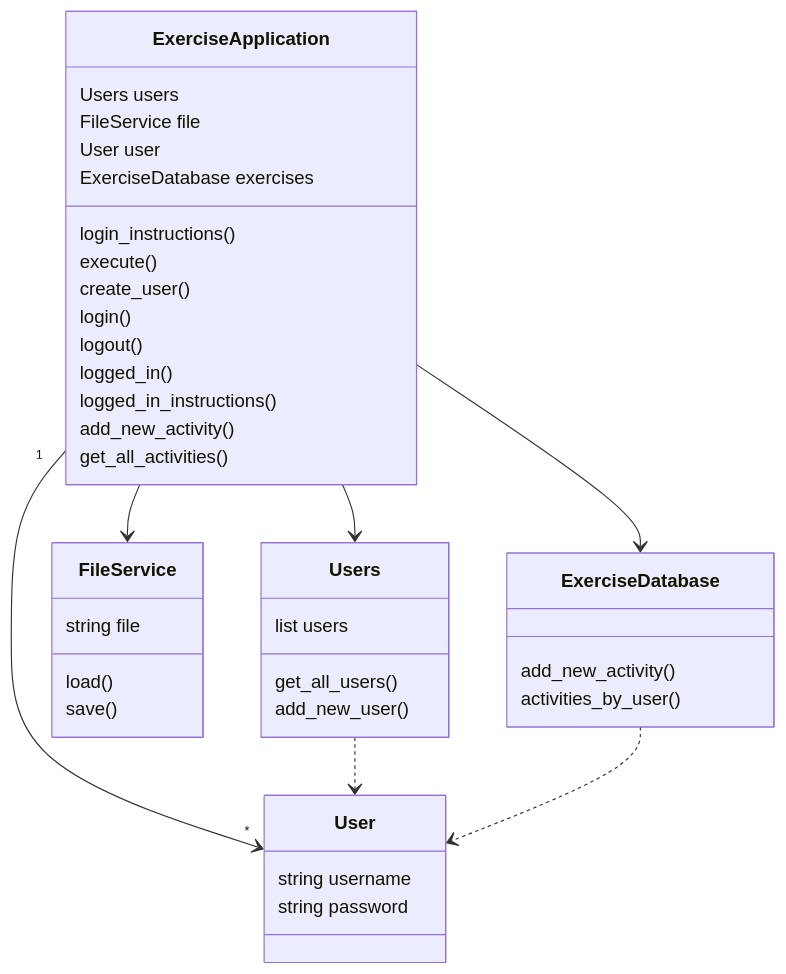
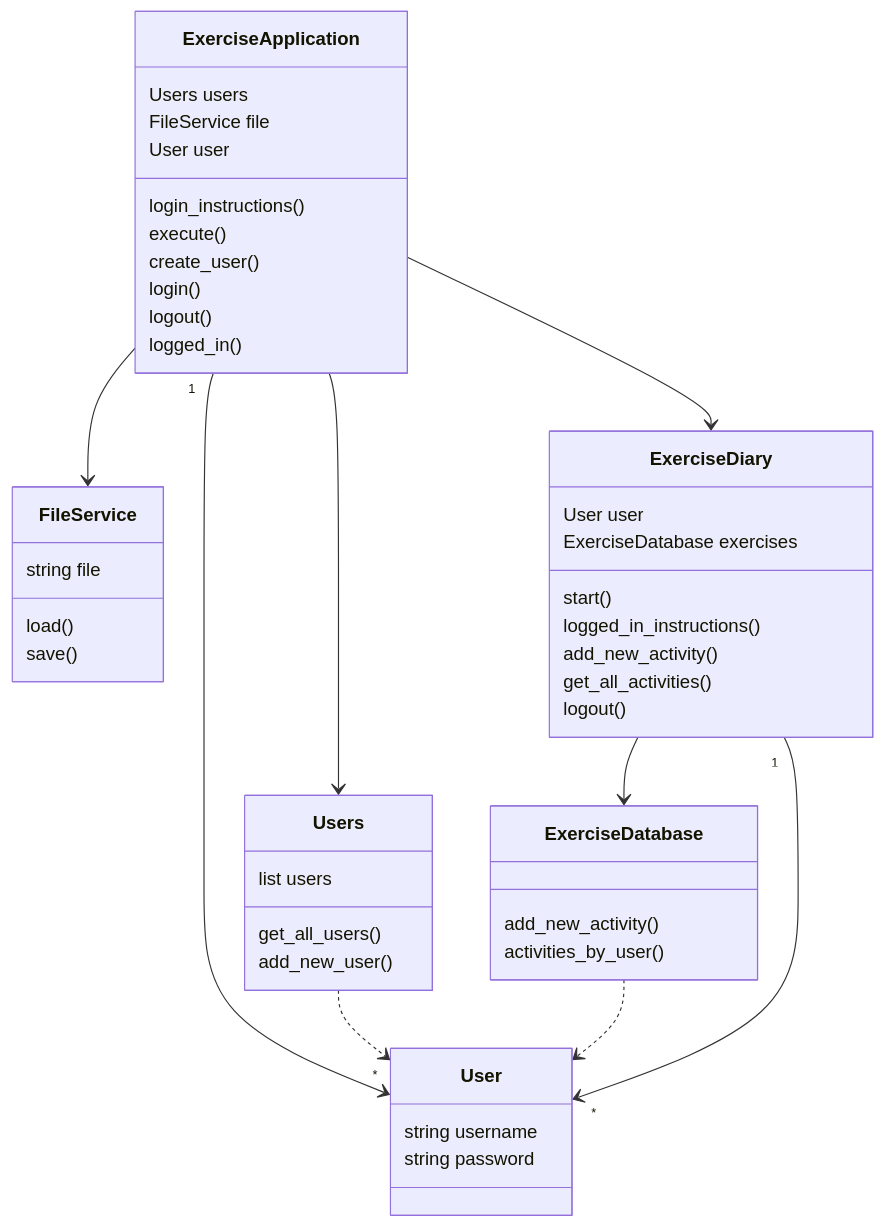
Before and after one commit to Kaabero/ot-harjoitustyo: the diagram in dokumentaatio/arkkitehtuuri.md, drawn with Mermaid.

````diff
--- a/dokumentaatio/arkkitehtuuri.md
+++ b/dokumentaatio/arkkitehtuuri.md
@@ -3,46 +3,55 @@
 ```mermaid
  classDiagram
-      ExerciseApplication --> ExerciseDatabase
       ExerciseApplication --> FileService
       ExerciseApplication --> Users
+      ExerciseApplication --> ExerciseDiary
       ExerciseApplication "1" --> "*" User
       Users ..> User
       ExerciseDatabase ..> User
+      ExerciseDiary "1" --> "*" User
+      ExerciseDiary --> ExerciseDatabase
       
+      class ExerciseDiary {
+        User user
+        ExerciseDatabase exercises
+        start()
+        logged_in_instructions()
+        add_new_activity()
+        get_all_activities()
+        logout()
+      }
+        
       class ExerciseApplication {
         Users users
         FileService file
         User user
-        ExerciseDatabase exercises
         login_instructions()
         execute()
         create_user()
         login()
         logout()
         logged_in()
-        logged_in_instructions()
-        add_new_activity()
-        get_all_activities()
+
       }
 
       class Users {
         list users
         get_all_users()
         add_new_user()
       }
 
       class User {
         string username
         string password
       }
       class FileService {
         string file
         load()
         save()
       }
       class ExerciseDatabase {
         add_new_activity()
         activities_by_user()
       }
      
 ```
````
